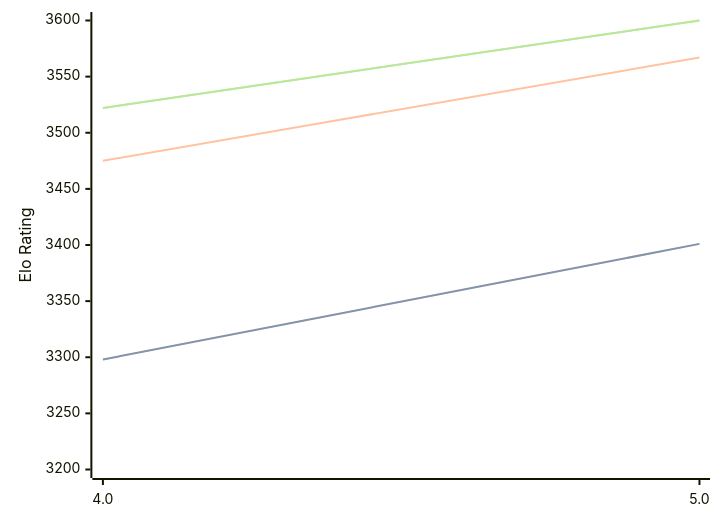
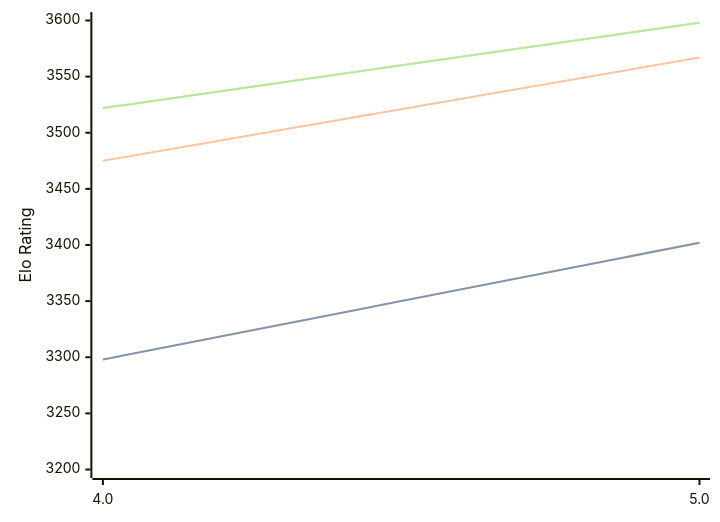
The diagram in engines/Tarnished.md (computer-chess-index/cci), drawn with Mermaid before and after one commit. The commit also changed other lines of this file, not shown here.

Commit message:
Update CCI Ratings (ELO VLTC) - 2026-03-02

````diff
--- a/engines/Tarnished.md
+++ b/engines/Tarnished.md
@@ -34,11 +34,11 @@
 ```mermaid
 %%{init: {"theme":"base","themeVariables":{"seriesColors:['#a3a3a3','#222221','#faa371']}}}%%
 xychart-beta
   x-axis ["4.0", "5.0"]
   y-axis "Elo Rating" 3200 --> 3600
-  line "STC (8.0+0.08s)" [3298, 3401]
-  line "STC (8.0+0.08s)" [3298, 3401]
+  line "STC (8.0+0.08s)" [3298, 3402]
+  line "STC (8.0+0.08s)" [3298, 3402]
   line "LTC (60.0+0.60s)" [3475, 3567]
-  line "VLTC (2m24s+1.12s)" [3522, 3600]
-  line "VLTC (2m24s+1.12s)" [3522, 3600]
+  line "VLTC (2m24s+1.12s)" [3522, 3598]
+  line "VLTC (2m24s+1.12s)" [3522, 3598]
 ```
````
